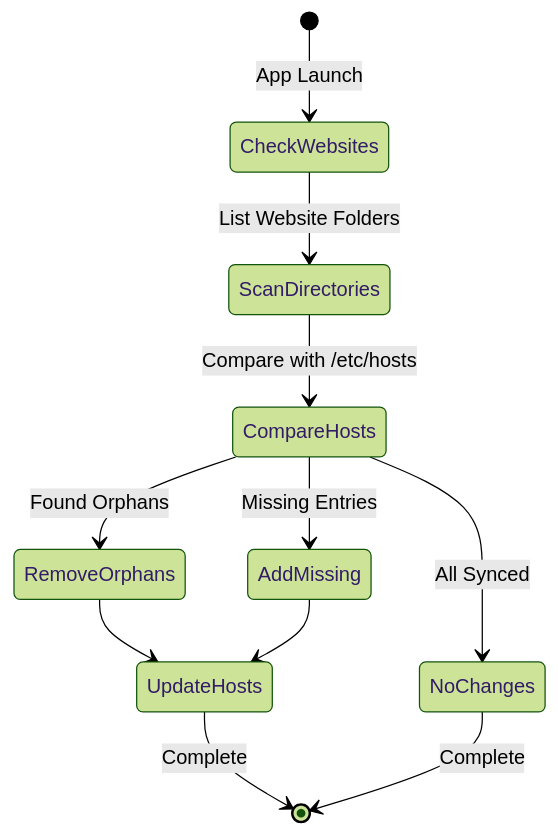
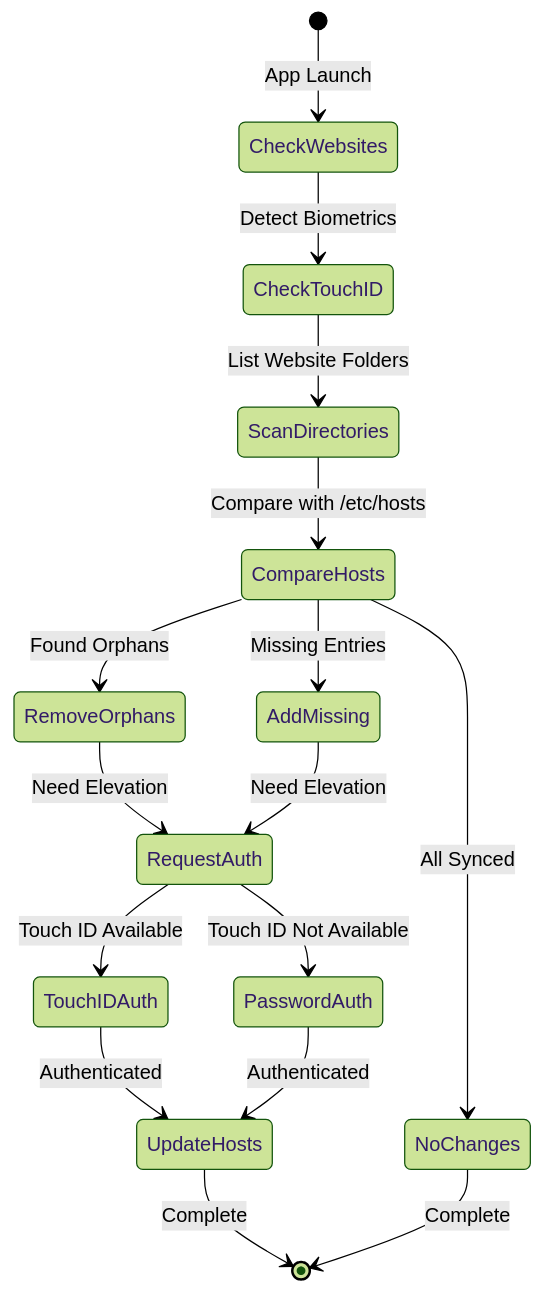
Before and after one commit to Anglesite/Anglesite: the fourth of 11 diagrams in docs/architecture.md, drawn with Mermaid (forest theme). The commit also changed other lines of this file and 18 other files, not shown here.

````diff
--- a/docs/architecture.md
+++ b/docs/architecture.md
@@ -181,15 +187,20 @@
 ```mermaid
 stateDiagram-v2
     [*] --> CheckWebsites: App Launch
-    CheckWebsites --> ScanDirectories: List Website Folders
+    CheckWebsites --> CheckTouchID: Detect Biometrics
+    CheckTouchID --> ScanDirectories: List Website Folders
     ScanDirectories --> CompareHosts: Compare with /etc/hosts
 
     CompareHosts --> RemoveOrphans: Found Orphans
     CompareHosts --> AddMissing: Missing Entries
     CompareHosts --> NoChanges: All Synced
 
-    RemoveOrphans --> UpdateHosts
-    AddMissing --> UpdateHosts
+    RemoveOrphans --> RequestAuth: Need Elevation
+    AddMissing --> RequestAuth: Need Elevation
+    RequestAuth --> TouchIDAuth: Touch ID Available
+    RequestAuth --> PasswordAuth: Touch ID Not Available
+    TouchIDAuth --> UpdateHosts: Authenticated
+    PasswordAuth --> UpdateHosts: Authenticated
     UpdateHosts --> [*]: Complete
     NoChanges --> [*]: Complete
 ```
````
